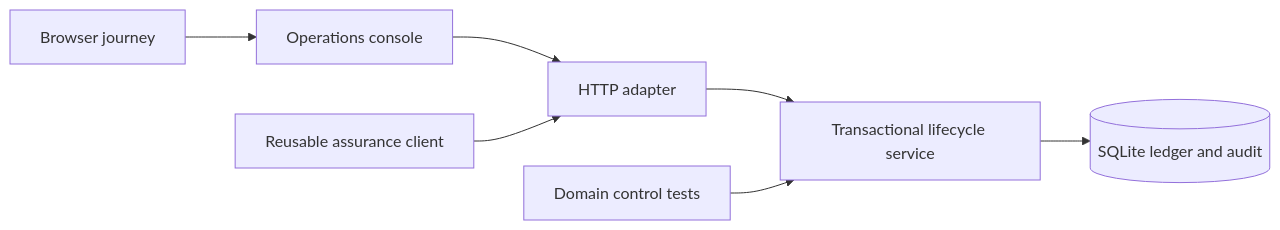
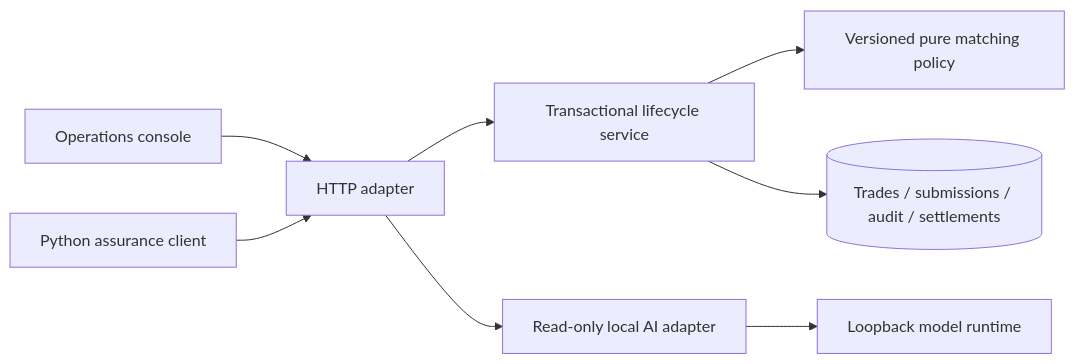
Before and after one commit to kilicerdal/settlementlab: the diagram in docs/ARCHITECTURE.md, drawn with Mermaid. The commit also changed other lines of this file and 28 other files, not shown here.

````diff
--- a/docs/ARCHITECTURE.md
+++ b/docs/ARCHITECTURE.md
@@ -3,9 +3,10 @@
 ```mermaid
 flowchart LR
     UI[Operations console] --> HTTP[HTTP adapter]
-    Client[Reusable assurance client] --> HTTP
+    Client[Python assurance client] --> HTTP
     HTTP --> Domain[Transactional lifecycle service]
-    Domain --> DB[(SQLite ledger and audit)]
-    Unit[Domain control tests] --> Domain
-    Browser[Browser journey] --> UI
+    Domain --> Matching[Versioned pure matching policy]
+    Domain --> DB[(Trades / submissions / audit / settlements)]
+    HTTP --> AI[Read-only local AI adapter]
+    AI --> Ollama[Loopback model runtime]
 ```
````
